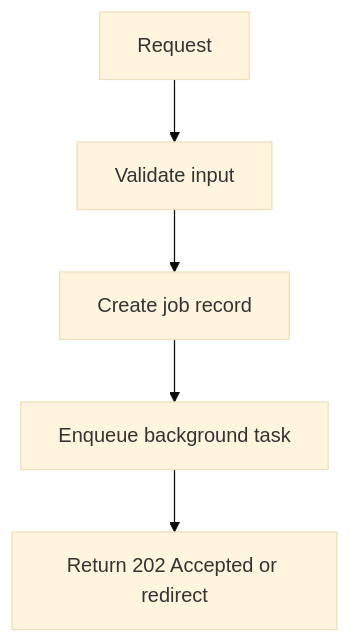
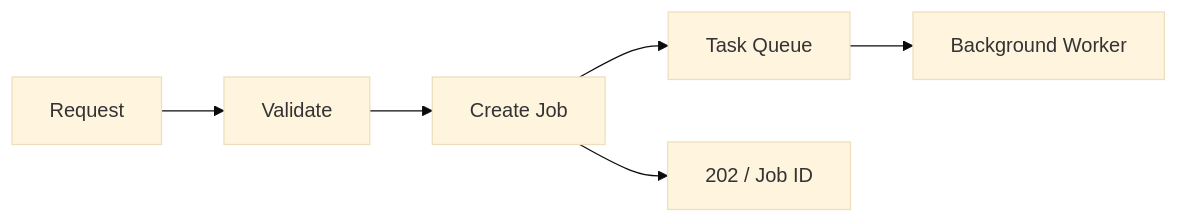
The eighth of 9 diagrams in src/content/django/mtv-request-response-cycle.md (AvadhBhalodiya/Interview-Preparation), drawn with Mermaid (base theme) before and after one commit. The commit also changed other lines of this file and 80 other files, not shown here.

````diff
--- a/src/content/django/mtv-request-response-cycle.md
+++ b/src/content/django/mtv-request-response-cycle.md
@@ -1492,7 +1009,8 @@
 ```mermaid
-flowchart TD
-    A[Request] --> B[Validate input]
-    B --> C[Create job record]
-    C --> D[Enqueue background task]
-    D --> E[Return 202 Accepted or redirect]
+flowchart LR
+    Request --> Validate
+    Validate --> Job[Create Job]
+    Job --> Queue[Task Queue]
+    Queue --> Worker[Background Worker]
+    Job --> Response["202 / Job ID"]
 ```
````
